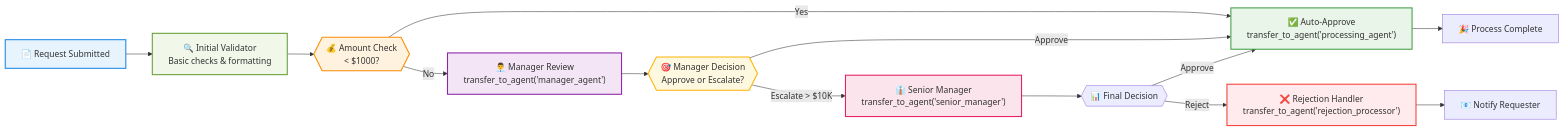
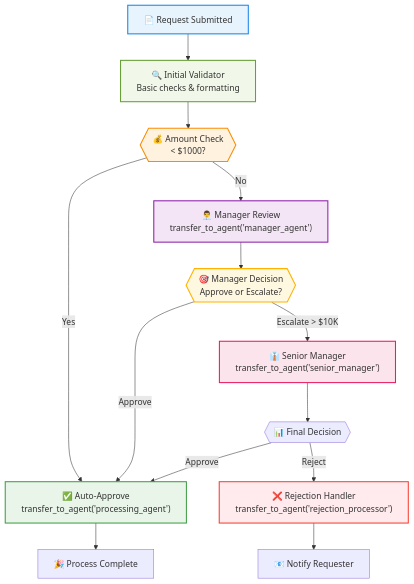
The seventh of 10 diagrams in 07_agent/06_chapter.md (raphaelmansuy/tutorials), drawn with Mermaid before and after one commit.

Commit message:
Fix flowchart direction in Chapter 6 to improve clarity of the approval chain pattern

````diff
--- a/07_agent/06_chapter.md
+++ b/07_agent/06_chapter.md
@@ -610,30 +610,30 @@
 ```mermaid
-flowchart LR
+flowchart TD
     A["📄 Request Submitted"] --> B["🔍 Initial Validator<br/>Basic checks & formatting"]
     
     B --> C{{"💰 Amount Check<br/>< $1000?"}}
     
     C -->|"Yes"| D["✅ Auto-Approve<br/>transfer_to_agent('processing_agent')"]
     C -->|"No"| E["👨‍💼 Manager Review<br/>transfer_to_agent('manager_agent')"]
     
     E --> F{{"🎯 Manager Decision<br/>Approve or Escalate?"}}
     
     F -->|"Approve"| D
     F -->|"Escalate > $10K"| G["👔 Senior Manager<br/>transfer_to_agent('senior_manager')"]
     
     G --> H{{"📊 Final Decision"}}
     H -->|"Approve"| D
     H -->|"Reject"| I["❌ Rejection Handler<br/>transfer_to_agent('rejection_processor')"]
     
     D --> J["🎉 Process Complete"]
     I --> K["📧 Notify Requester"]
     
     style A fill:#E8F4FD,stroke:#1E88E5,stroke-width:2px
     style B fill:#F1F8E9,stroke:#689F38,stroke-width:2px
     style C fill:#FFF3E0,stroke:#FB8C00,stroke-width:2px
     style D fill:#E8F5E8,stroke:#43A047,stroke-width:2px
     style E fill:#F3E5F5,stroke:#8E24AA,stroke-width:2px
     style F fill:#FFF8E1,stroke:#FFB300,stroke-width:2px
     style G fill:#FCE4EC,stroke:#E91E63,stroke-width:2px
     style I fill:#FFEBEE,stroke:#F44336,stroke-width:2px
 ```
````
